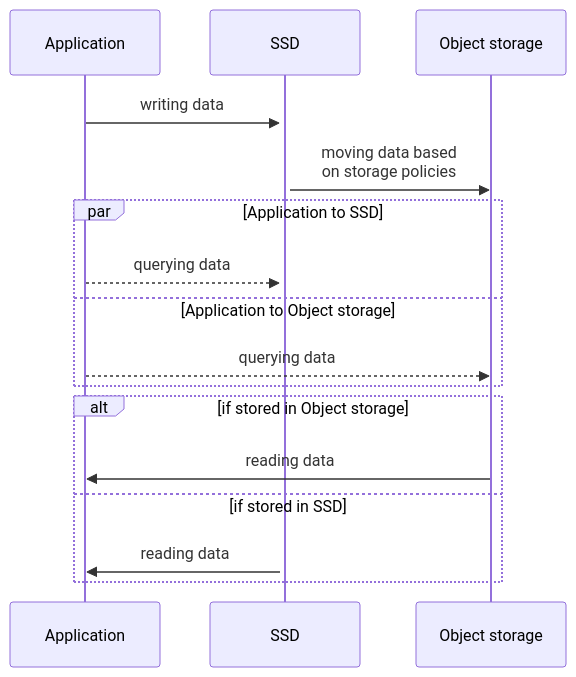
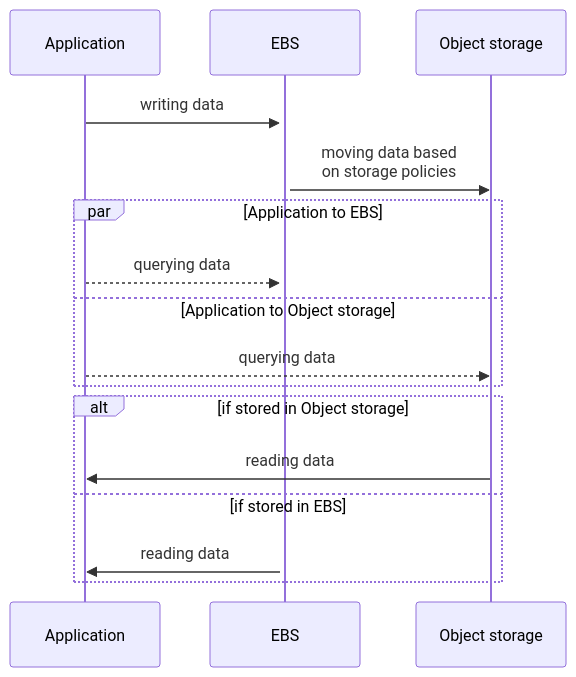
The diagram in docs/products/clickhouse/concepts/clickhouse-tiered-storage.md (aiven/aiven-docs), drawn with Mermaid before and after one commit. The commit also changed other lines of this file and 6 other files, not shown here.

Commit message:
ssd to ebs update

````diff
--- a/docs/products/clickhouse/concepts/clickhouse-tiered-storage.md
+++ b/docs/products/clickhouse/concepts/clickhouse-tiered-storage.md
@@ -64,15 +64,15 @@
 ```mermaid
 sequenceDiagram
-        Application->>+SSD: writing data
-        SSD->>Object storage: moving data based <br> on storage policies
-        par Application to SSD
-            Application-->>SSD: querying data
+        Application->>+EBS: writing data
+        EBS->>Object storage: moving data based <br> on storage policies
+        par Application to EBS
+            Application-->>EBS: querying data
         and Application to Object storage
             Application-->>Object storage: querying data
         end
         alt if stored in Object storage
             Object storage->>Application: reading data
-        else if stored in SSD
-            SSD->>Application: reading data
+        else if stored in EBS
+            EBS->>Application: reading data
         end
 ```
````
